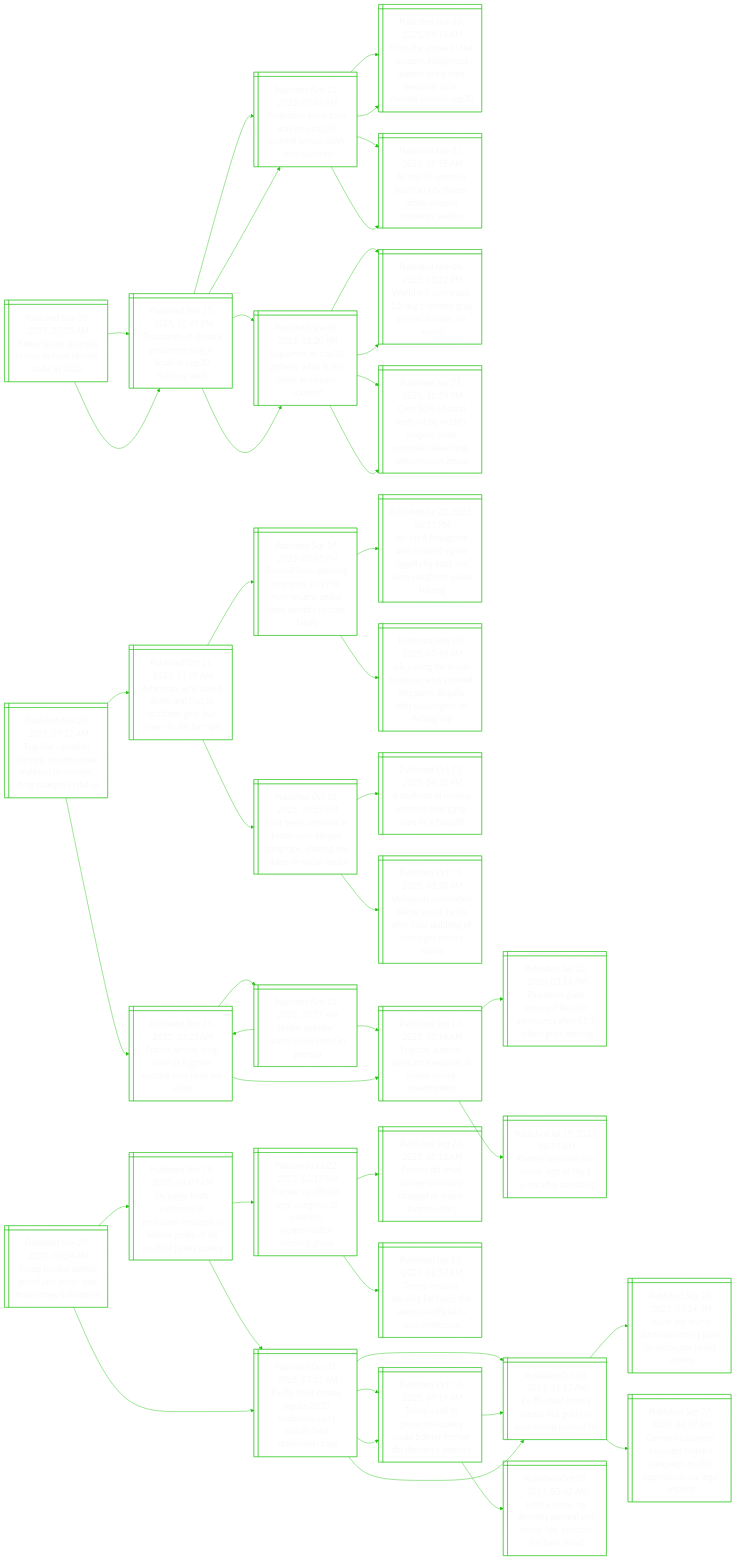
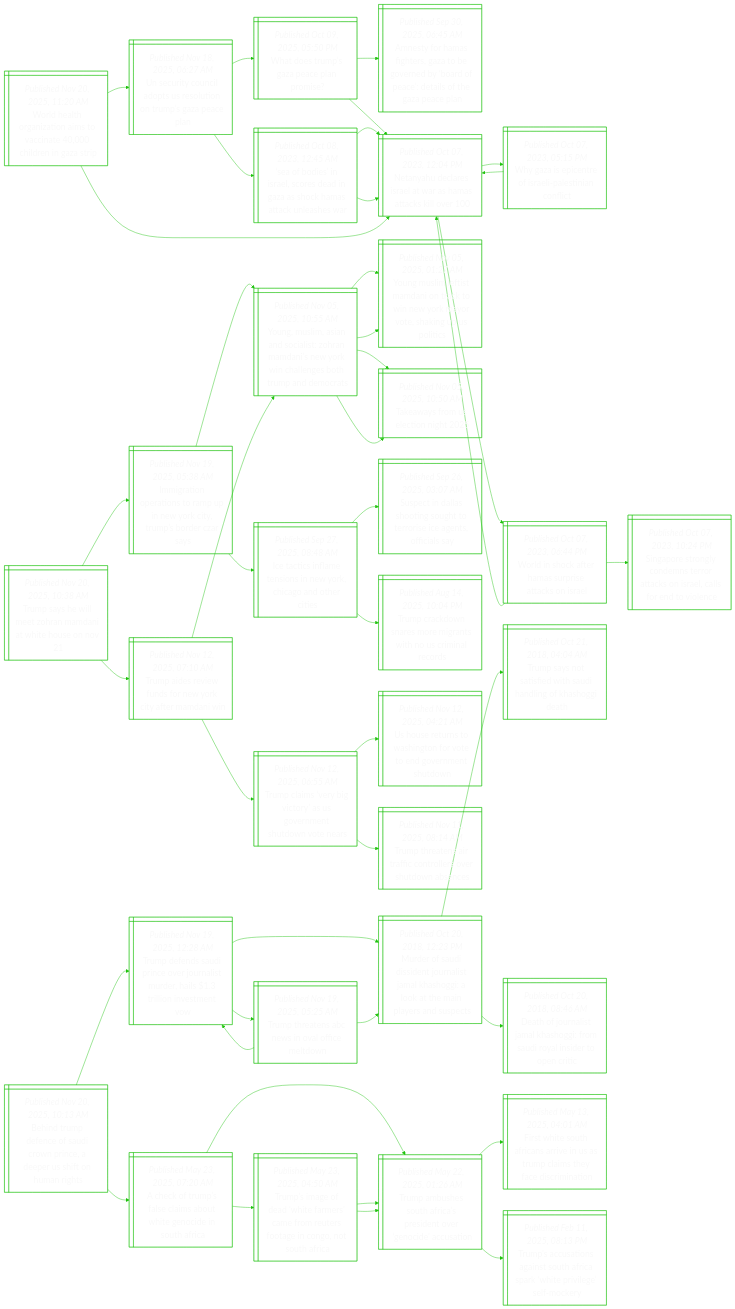
The diagram in README.md (notJmes/notJmes), drawn with Mermaid before and after one commit. The commit also changed other lines of this file, not shown here.

````diff
--- a/README.md
+++ b/README.md
@@ -16,142 +16,139 @@
 flowchart LR
 classDef txtsize font-size:20px;
 
-Tysriesman@{ shape: win-pane, label: "_Published Nov 20, 2025, 07:50 AM_
-Turkey beats australia in race to host climate talks in 2026" }
-TafaoelBlPwr@{ shape: win-pane, label: "_Published Nov 15, 2025, 10:45 PM_
-Thousands of climate protesters rally in brazil at cop30 halfway mark" }
-Psftwtstehsi@{ shape: win-pane, label: "_Published Nov 12, 2025, 07:26 AM_
-Protesters force their way into cop30 summit venue, clash with security" }
-FhehzdoabtddNamO@{ shape: win-pane, label: "_Published Nov 10, 2025, 09:16 AM_
-From the andes to the amazon, indigenous leaders bring their demands to un climate summit cop30" }
-AoiznBuAndse@{ shape: win-pane, label: "_Published Nov 11, 2025, 09:55 AM_
-As cop30 opens in brazilian city belem, urban amazon residents swelter" }
-Eisasiltisc@{ shape: win-pane, label: "_Published Nov 09, 2025, 03:20 PM_
-Explainer: as cop30 gathers, what is the latest in climate science?" }
-WwvogmoneUn@{ shape: win-pane, label: "_Published Nov 04, 2025, 10:22 PM_
-World will overshoot 1.5 deg c climate goal in next decade, un warns" }
-Oflsydgotvageio@{ shape: win-pane, label: "_Published Apr 23, 2025, 12:24 PM_
-Over 80% of coral reefs hit by world’s longest, most extensive bleaching: preservation group" }
-TafaoelBlPwr@{ shape: win-pane, label: "_Published Nov 15, 2025, 10:45 PM_
-Thousands of climate protesters rally in brazil at cop30 halfway mark" }
-Psftwtstehsi@{ shape: win-pane, label: "_Published Nov 12, 2025, 07:26 AM_
-Protesters force their way into cop30 summit venue, clash with security" }
-FhehzdoabtddNamO@{ shape: win-pane, label: "_Published Nov 10, 2025, 09:16 AM_
-From the andes to the amazon, indigenous leaders bring their demands to un climate summit cop30" }
-AoiznBuAndse@{ shape: win-pane, label: "_Published Nov 11, 2025, 09:55 AM_
-As cop30 opens in brazilian city belem, urban amazon residents swelter" }
-Eisasiltisc@{ shape: win-pane, label: "_Published Nov 09, 2025, 03:20 PM_
-Explainer: as cop30 gathers, what is the latest in climate science?" }
-WwvogmoneUn@{ shape: win-pane, label: "_Published Nov 04, 2025, 10:22 PM_
-World will overshoot 1.5 deg c climate goal in next decade, un warns" }
-Oflsydgotvageio@{ shape: win-pane, label: "_Published Apr 23, 2025, 12:24 PM_
-Over 80% of coral reefs hit by world’s longest, most extensive bleaching: preservation group" }
+WHhnimaainzi@{ shape: win-pane, label: "_Published Nov 20, 2025, 11:20 AM_
+World health organization aims to vaccinate 40,000 children in gaza strip" }
+UuCipruomzcn@{ shape: win-pane, label: "_Published Nov 18, 2025, 06:27 AM_
+Un security council adopts us resolution on trump’s gaza peace plan" }
+Wouaaam@{ shape: win-pane, label: "_Published Oct 09, 2025, 05:50 PM_
+What does trump’s gaza peace plan promise?" }
+AtHfezerydatoGel@{ shape: win-pane, label: "_Published Sep 30, 2025, 06:45 AM_
+Amnesty for hamas fighters, gaza to be governed by ‘board of peace’: details of the gaza peace plan" }
+NyeeawHakl@{ shape: win-pane, label: "_Published Oct 07, 2023, 12:04 PM_
+Netanyahu declares israel at war as hamas attacks kill over 100" }
+Sbsrcdnacaale@{ shape: win-pane, label: "_Published Oct 08, 2023, 12:45 AM_
+‘sea of bodies’ in israel, scores dead in gaza as shock hamas attack unleashes war" }
+NyeeawHakl@{ shape: win-pane, label: "_Published Oct 07, 2023, 12:04 PM_
+Netanyahu declares israel at war as hamas attacks kill over 100" }
+NyeeawHakl@{ shape: win-pane, label: "_Published Oct 07, 2023, 12:04 PM_
+Netanyahu declares israel at war as hamas attacks kill over 100" }
+NyeeawHakl@{ shape: win-pane, label: "_Published Oct 07, 2023, 12:04 PM_
+Netanyahu declares israel at war as hamas attacks kill over 100" }
+WzptIleint@{ shape: win-pane, label: "_Published Oct 07, 2023, 05:15 PM_
+Why gaza is epicentre of israeli-palestinian conflict" }
+NyeeawHakl@{ shape: win-pane, label: "_Published Oct 07, 2023, 12:04 PM_
+Netanyahu declares israel at war as hamas attacks kill over 100" }
+Wiceapaks@{ shape: win-pane, label: "_Published Oct 07, 2023, 06:44 PM_
+World in shock after hamas surprise attacks on israel" }
+NyeeawHakl@{ shape: win-pane, label: "_Published Oct 07, 2023, 12:04 PM_
+Netanyahu declares israel at war as hamas attacks kill over 100" }
+SptldtrcIlsnic@{ shape: win-pane, label: "_Published Oct 07, 2023, 10:24 PM_
+Singapore strongly condemns terror attacks on israel, calls for end to violence" }
 
-Tysriesman:::txtsize --> TafaoelBlPwr:::txtsize
-TafaoelBlPwr:::txtsize --> Psftwtstehsi:::txtsize
-Psftwtstehsi:::txtsize --> FhehzdoabtddNamO:::txtsize
-Psftwtstehsi:::txtsize --> AoiznBuAndse:::txtsize
-TafaoelBlPwr:::txtsize --> Eisasiltisc:::txtsize
-Eisasiltisc:::txtsize --> WwvogmoneUn:::txtsize
-Eisasiltisc:::txtsize --> Oflsydgotvageio:::txtsize
-Tysriesman:::txtsize --> TafaoelBlPwr:::txtsize
-TafaoelBlPwr:::txtsize --> Psftwtstehsi:::txtsize
-Psftwtstehsi:::txtsize --> FhehzdoabtddNamO:::txtsize
-Psftwtstehsi:::txtsize --> AoiznBuAndse:::txtsize
-TafaoelBlPwr:::txtsize --> Eisasiltisc:::txtsize
-Eisasiltisc:::txtsize --> WwvogmoneUn:::txtsize
-Eisasiltisc:::txtsize --> Oflsydgotvageio:::txtsize
+WHhnimaainzi:::txtsize --> UuCipruomzcn:::txtsize
+UuCipruomzcn:::txtsize --> Wouaaam:::txtsize
+Wouaaam:::txtsize --> AtHfezerydatoGel:::txtsize
+Wouaaam:::txtsize --> NyeeawHakl:::txtsize
+UuCipruomzcn:::txtsize --> Sbsrcdnacaale:::txtsize
+Sbsrcdnacaale:::txtsize --> NyeeawHakl:::txtsize
+Sbsrcdnacaale:::txtsize --> NyeeawHakl:::txtsize
+WHhnimaainzi:::txtsize --> NyeeawHakl:::txtsize
+NyeeawHakl:::txtsize --> WzptIleint:::txtsize
+WzptIleint:::txtsize --> NyeeawHakl:::txtsize
+NyeeawHakl:::txtsize --> Wiceapaks:::txtsize
+Wiceapaks:::txtsize --> NyeeawHakl:::txtsize
+Wiceapaks:::txtsize --> SptldtrcIlsnic:::txtsize
 
-Finnporneudhse@{ shape: win-pane, label: "_Published Nov 20, 2025, 07:21 AM_
-Fugitive canadian olympic snowboarder indicted on murder, drug charges in the us" }
-AcodhlSatesfr@{ shape: win-pane, label: "_Published Oct 21, 2025, 11:20 AM_
-American, who faked death and fled to scotland, gets five years to life for rape" }
-Bdeinraunadtta@{ shape: win-pane, label: "_Published Sep 17, 2025, 03:05 PM_
-Banned from entering singapore in 1998, man returns under false identity to start family" }
-Joereereyawaoao@{ shape: win-pane, label: "_Published Jul 22, 2025, 08:15 PM_
-Jail for 4 foreigners who entered s’pore illegally by boat and were caught on pulau tekong" }
-JafiawtSplltsrig@{ shape: win-pane, label: "_Published May 09, 2025, 07:40 PM_
-Jail, caning for m’sian boatman who entered singapore illegally with passengers on fishing trip" }
-Fereevlgaasdsla@{ shape: win-pane, label: "_Published Oct 16, 2025, 10:53 AM_
-Four teens arrested in kedah over alleged gang rape, sharing sex video on social media" }
-snMasvnehi@{ shape: win-pane, label: "_Published Oct 11, 2025, 04:30 PM_
-4 students in melaka arrested over gang-rape of schoolgirl" }
-Msuibslarlbfolki@{ shape: win-pane, label: "_Published Oct 15, 2025, 03:30 PM_
-Malaysian authorities blame social media after fatal stabbing of schoolgirl shocks nation" }
-Fesnegeerdb@{ shape: win-pane, label: "_Published Nov 15, 2025, 03:25 AM_
-France arrests long-time us fugitive wanted over child sex abuse" }
-Trdiefir@{ shape: win-pane, label: "_Published Nov 15, 2025, 03:27 AM_
-‘tinder swindler’ simon leviev freed in georgia" }
-Fesnegeerdb@{ shape: win-pane, label: "_Published Nov 15, 2025, 03:25 AM_
-France arrests long-time us fugitive wanted over child sex abuse" }
-FisncxiRaast@{ shape: win-pane, label: "_Published Sep 17, 2025, 02:14 AM_
-Fugitive austrian wirecard executive in russia: media investigation" }
-FisncxiRaast@{ shape: win-pane, label: "_Published Sep 17, 2025, 02:14 AM_
-Fugitive austrian wirecard executive in russia: media investigation" }
-Pnardsnefinmn@{ shape: win-pane, label: "_Published Jun 25, 2020, 03:18 PM_
-Payments giant wirecard files for insolvency after €1.9 billion goes missing" }
-FrcOdnfreig@{ shape: win-pane, label: "_Published Jul 19, 2023, 08:35 AM_
-Former wirecard coo sends sign of life 3 years after vanishing" }
+TsemoMnhon@{ shape: win-pane, label: "_Published Nov 20, 2025, 10:38 AM_
+Trump says he will meet zohran mamdani at white house on nov 21" }
+Irnasmnotmrzy@{ shape: win-pane, label: "_Published Nov 19, 2025, 05:38 AM_
+Immigration operations to ramp up in new york city, trump’s border czar says" }
+YMmnoihaiYilehpea@{ shape: win-pane, label: "_Published Nov 05, 2025, 10:55 AM_
+Young, muslim, asian and socialist: zohran mamdani’s new york win challenges both trump and democrats" }
+YMmimociYaoauoc@{ shape: win-pane, label: "_Published Nov 05, 2025, 01:27 AM_
+Young muslim leftist mamdani on track to win new york mayor vote, shaking up us politics" }
+Twreig@{ shape: win-pane, label: "_Published Nov 05, 2025, 10:50 AM_
+Takeaways from us election night 2025" }
+IcimsiYhoti@{ shape: win-pane, label: "_Published Sep 27, 2025, 08:48 AM_
+Ice tactics inflame tensions in new york, chicago and other cities" }
+ScasiuooIefay@{ shape: win-pane, label: "_Published Sep 26, 2025, 03:07 AM_
+Suspect in dallas shooting sought to terrorise ice agents, officials say" }
+Tcdnmithcnc@{ shape: win-pane, label: "_Published Aug 14, 2025, 10:04 PM_
+Trump crackdown snares more migrants with no us criminal records" }
+TarwsekaMn@{ shape: win-pane, label: "_Published Nov 12, 2025, 07:10 AM_
+Trump aides review funds for new york city after mamdani win" }
+YMmnoihaiYilehpea@{ shape: win-pane, label: "_Published Nov 05, 2025, 10:55 AM_
+Young, muslim, asian and socialist: zohran mamdani’s new york win challenges both trump and democrats" }
+YMmimociYaoauoc@{ shape: win-pane, label: "_Published Nov 05, 2025, 01:27 AM_
+Young muslim leftist mamdani on track to win new york mayor vote, shaking up us politics" }
+Twreig@{ shape: win-pane, label: "_Published Nov 05, 2025, 10:50 AM_
+Takeaways from us election night 2025" }
+Tcsbcaomhwes@{ shape: win-pane, label: "_Published Nov 12, 2025, 06:55 AM_
+Trump claims ‘very big victory’ as us government shutdown vote nears" }
+Usuoinoeveun@{ shape: win-pane, label: "_Published Nov 12, 2025, 04:21 AM_
+Us house returns to washington for vote to end government shutdown" }
+Tttifolohwe@{ shape: win-pane, label: "_Published Nov 11, 2025, 08:14 AM_
+Trump threatens air traffic controllers over shutdown absences" }
 
-Finnporneudhse:::txtsize --> AcodhlSatesfr:::txtsize
-AcodhlSatesfr:::txtsize --> Bdeinraunadtta:::txtsize
-Bdeinraunadtta:::txtsize --> Joereereyawaoao:::txtsize
-Bdeinraunadtta:::txtsize --> JafiawtSplltsrig:::txtsize
-AcodhlSatesfr:::txtsize --> Fereevlgaasdsla:::txtsize
-Fereevlgaasdsla:::txtsize --> snMasvnehi:::txtsize
-Fereevlgaasdsla:::txtsize --> Msuibslarlbfolki:::txtsize
-Finnporneudhse:::txtsize --> Fesnegeerdb:::txtsize
-Fesnegeerdb:::txtsize --> Trdiefir:::txtsize
-Trdiefir:::txtsize --> Fesnegeerdb:::txtsize
-Trdiefir:::txtsize --> FisncxiRaast:::txtsize
-Fesnegeerdb:::txtsize --> FisncxiRaast:::txtsize
-FisncxiRaast:::txtsize --> Pnardsnefinmn:::txtsize
-FisncxiRaast:::txtsize --> FrcOdnfreig:::txtsize
+TsemoMnhon:::txtsize --> Irnasmnotmrzy:::txtsize
+Irnasmnotmrzy:::txtsize --> YMmnoihaiYilehpea:::txtsize
+YMmnoihaiYilehpea:::txtsize --> YMmimociYaoauoc:::txtsize
+YMmnoihaiYilehpea:::txtsize --> Twreig:::txtsize
+Irnasmnotmrzy:::txtsize --> IcimsiYhoti:::txtsize
+IcimsiYhoti:::txtsize --> ScasiuooIefay:::txtsize
+IcimsiYhoti:::txtsize --> Tcdnmithcnc:::txtsize
+TsemoMnhon:::txtsize --> TarwsekaMn:::txtsize
+TarwsekaMn:::txtsize --> YMmnoihaiYilehpea:::txtsize
+YMmnoihaiYilehpea:::txtsize --> YMmimociYaoauoc:::txtsize
+YMmnoihaiYilehpea:::txtsize --> Twreig:::txtsize
+TarwsekaMn:::txtsize --> Tcsbcaomhwes:::txtsize
+Tcsbcaomhwes:::txtsize --> Usuoinoeveun:::txtsize
+Tcsbcaomhwes:::txtsize --> Tttifolohwe:::txtsize
 
-Tlimruvwlyct@{ shape: win-pane, label: "_Published Nov 20, 2025, 06:34 AM_
-Trump loyalist admits grand jury never saw final comey indictment" }
-UgddofmefabBhao@{ shape: win-pane, label: "_Published Nov 18, 2025, 04:07 AM_
-Us judge finds evidence of ‘profound’ missteps in federal probe of fbi ex-chief james comey" }
-Frfleroiasnio@{ shape: win-pane, label: "_Published Oct 22, 2025, 03:17 AM_
-Former us officials urge congress to examine ‘weaponisation’ working group" }
-Frhorahdurcc@{ shape: win-pane, label: "_Published Sep 26, 2025, 08:10 AM_
-Former fbi chief comey criminally charged as trump targets critics" }
-TeSrocltflsto@{ shape: win-pane, label: "_Published Jan 25, 2025, 01:57 AM_
-Trump ends us security for fauci, the latest ex-official to lose protection" }
-EcCasicunees@{ shape: win-pane, label: "_Published Oct 31, 2025, 07:21 AM_
-Ex-fbi chief comey argues 2020 testimony can’t sustain false statements case" }
-TstseydtrBesn@{ shape: win-pane, label: "_Published Oct 10, 2025, 09:14 PM_
-Trump’s call to prosecute comey could bolster former fbi director's defence" }
-EcCpsuiepe@{ shape: win-pane, label: "_Published Oct 08, 2025, 11:53 PM_
-Ex-fbi chief comey pleads not guilty in case trump pushed for" }
-EcCasicunees@{ shape: win-pane, label: "_Published Oct 31, 2025, 07:21 AM_
-Ex-fbi chief comey argues 2020 testimony can’t sustain false statements case" }
-TstseydtrBesn@{ shape: win-pane, label: "_Published Oct 10, 2025, 09:14 PM_
-Trump’s call to prosecute comey could bolster former fbi director's defence" }
-EcCpsuiepe@{ shape: win-pane, label: "_Published Oct 08, 2025, 11:53 PM_
-Ex-fbi chief comey pleads not guilty in case trump pushed for" }
-Lieteenmitrf@{ shape: win-pane, label: "_Published Oct 10, 2025, 05:43 AM_
-Letitia james, ny attorney general and trump foe, indicted for bank fraud" }
-EcCpsuiepe@{ shape: win-pane, label: "_Published Oct 08, 2025, 11:53 PM_
-Ex-fbi chief comey pleads not guilty in case trump pushed for" }
-Ierdsiupcao@{ shape: win-pane, label: "_Published Sep 28, 2025, 07:54 AM_
-Inside the trump administration’s push to prosecute james comey" }
-Citearcicoisgp@{ shape: win-pane, label: "_Published Sep 27, 2025, 04:47 AM_
-Comey indictment escalates trump’s campaign to chill opposition, say legal experts" }
+BdpnScpepsoah@{ shape: win-pane, label: "_Published Nov 20, 2025, 10:13 AM_
+Behind trump defence of saudi crown prince, a deeper us shift on human rights" }
+Tdddnersdiinst@{ shape: win-pane, label: "_Published Nov 19, 2025, 12:28 AM_
+Trump defends saudi prince over journalist murder, hails $1.3 trillion investment vow" }
+Mrusnrsasikeprsc@{ shape: win-pane, label: "_Published Oct 20, 2018, 12:23 PM_
+Murder of saudi dissident journalist jamal khashoggi: a look at the main players and suspects" }
+TsoidShiKoe@{ shape: win-pane, label: "_Published Oct 21, 2018, 04:04 AM_
+Trump says not satisfied with saudi handling of khashoggi death" }
+DorsasiSriepi@{ shape: win-pane, label: "_Published Oct 20, 2018, 08:46 AM_
+Death of journalist jamal khashoggi: from saudi royal insider to open critic" }
+TttBsailn@{ shape: win-pane, label: "_Published Nov 19, 2025, 05:25 AM_
+Trump threatens abc news in oval office meltdown" }
+Mrusnrsasikeprsc@{ shape: win-pane, label: "_Published Oct 20, 2018, 12:23 PM_
+Murder of saudi dissident journalist jamal khashoggi: a look at the main players and suspects" }
+Tdddnersdiinst@{ shape: win-pane, label: "_Published Nov 19, 2025, 12:28 AM_
+Trump defends saudi prince over journalist murder, hails $1.3 trillion investment vow" }
+AkualawgiSAa@{ shape: win-pane, label: "_Published May 23, 2025, 07:20 AM_
+A check of trump’s false claims about white genocide in south africa" }
+Tahurpdvnesn@{ shape: win-pane, label: "_Published May 22, 2025, 01:26 AM_
+Trump ambushes south africa’s president over ‘genocide’ accusation" }
+FwSAarnTcsfimi@{ shape: win-pane, label: "_Published May 13, 2025, 04:01 AM_
+First white south africans arrive in us as trump claims they face discrimination" }
+Tssniofswplec@{ shape: win-pane, label: "_Published Feb 11, 2025, 08:13 PM_
+Trump’s accusations against south africa spark ‘white privilege’ self-mockery" }
+Tseatmaotoenthc@{ shape: win-pane, label: "_Published May 23, 2025, 04:50 AM_
+Trump’s image of dead ‘white farmers’ came from reuters footage in congo, not south africa" }
+Tahurpdvnesn@{ shape: win-pane, label: "_Published May 22, 2025, 01:26 AM_
+Trump ambushes south africa’s president over ‘genocide’ accusation" }
+Tahurpdvnesn@{ shape: win-pane, label: "_Published May 22, 2025, 01:26 AM_
+Trump ambushes south africa’s president over ‘genocide’ accusation" }
 
-Tlimruvwlyct:::txtsize --> UgddofmefabBhao:::txtsize
-UgddofmefabBhao:::txtsize --> Frfleroiasnio:::txtsize
-Frfleroiasnio:::txtsize --> Frhorahdurcc:::txtsize
-Frfleroiasnio:::txtsize --> TeSrocltflsto:::txtsize
-UgddofmefabBhao:::txtsize --> EcCasicunees:::txtsize
-EcCasicunees:::txtsize --> TstseydtrBesn:::txtsize
-EcCasicunees:::txtsize --> EcCpsuiepe:::txtsize
-Tlimruvwlyct:::txtsize --> EcCasicunees:::txtsize
-EcCasicunees:::txtsize --> TstseydtrBesn:::txtsize
-TstseydtrBesn:::txtsize --> EcCpsuiepe:::txtsize
-TstseydtrBesn:::txtsize --> Lieteenmitrf:::txtsize
-EcCasicunees:::txtsize --> EcCpsuiepe:::txtsize
-EcCpsuiepe:::txtsize --> Ierdsiupcao:::txtsize
-EcCpsuiepe:::txtsize --> Citearcicoisgp:::txtsize
+BdpnScpepsoah:::txtsize --> Tdddnersdiinst:::txtsize
+Tdddnersdiinst:::txtsize --> Mrusnrsasikeprsc:::txtsize
+Mrusnrsasikeprsc:::txtsize --> TsoidShiKoe:::txtsize
+Mrusnrsasikeprsc:::txtsize --> DorsasiSriepi:::txtsize
+Tdddnersdiinst:::txtsize --> TttBsailn:::txtsize
+TttBsailn:::txtsize --> Mrusnrsasikeprsc:::txtsize
+TttBsailn:::txtsize --> Tdddnersdiinst:::txtsize
+BdpnScpepsoah:::txtsize --> AkualawgiSAa:::txtsize
+AkualawgiSAa:::txtsize --> Tahurpdvnesn:::txtsize
+Tahurpdvnesn:::txtsize --> FwSAarnTcsfimi:::txtsize
+Tahurpdvnesn:::txtsize --> Tssniofswplec:::txtsize
+AkualawgiSAa:::txtsize --> Tseatmaotoenthc:::txtsize
+Tseatmaotoenthc:::txtsize --> Tahurpdvnesn:::txtsize
+Tseatmaotoenthc:::txtsize --> Tahurpdvnesn:::txtsize
 
 ```
````
